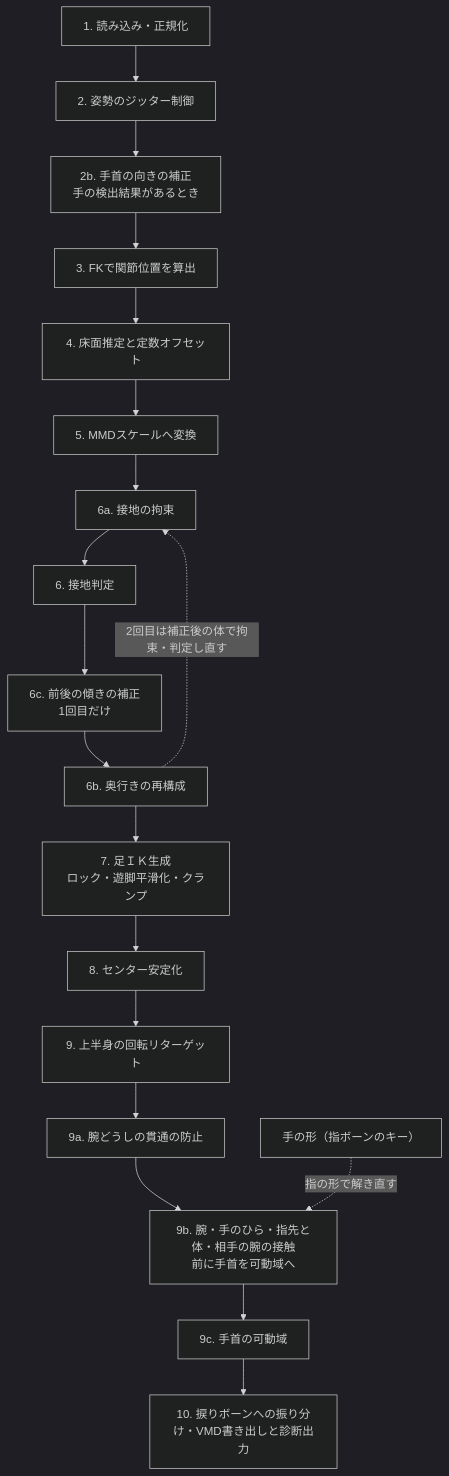
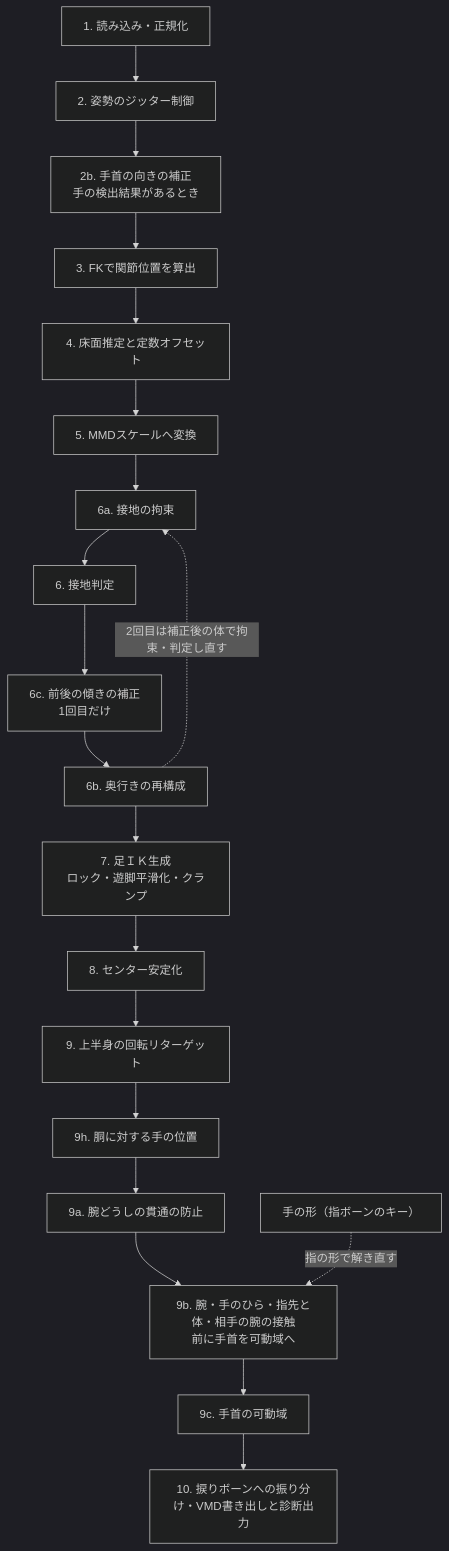
The diagram in vmd.md (yamak493/nlf), drawn with Mermaid (dark theme) before and after one commit. The commit also changed other lines of this file and 9 other files, not shown here.

````diff
--- a/vmd.md
+++ b/vmd.md
@@ -7,21 +7,22 @@
 ```mermaid
 flowchart TD
   A[1. 読み込み・正規化] --> B[2. 姿勢のジッター制御]
   B --> B2[2b. 手首の向きの補正<br/>手の検出結果があるとき]
   B2 --> C[3. FKで関節位置を算出]
   C --> D[4. 床面推定と定数オフセット]
   D --> E[5. MMDスケールへ変換]
   E --> F0[6a. 接地の拘束]
   F0 --> F[6. 接地判定]
   F --> F3[6c. 前後の傾きの補正<br/>1回目だけ]
   F3 --> F2[6b. 奥行きの再構成]
   F2 -. 2回目は補正後の体で拘束・判定し直す .-> F0
   F2 --> G[7. 足ＩＫ生成<br/>ロック・遊脚平滑化・クランプ]
   G --> H[8. センター安定化]
   H --> I[9. 上半身の回転リターゲット]
-  I --> I2[9a. 腕どうしの貫通の防止]
+  I --> I1[9h. 胴に対する手の位置]
+  I1 --> I2[9a. 腕どうしの貫通の防止]
   I2 --> I3[9b. 腕・手のひら・指先と体・相手の腕の接触<br/>前に手首を可動域へ]
   I3 --> I4[9c. 手首の可動域]
   I4 --> J[10. 捩りボーンへの振り分け・VMD書き出しと診断出力]
   K[手の形（指ボーンのキー）] -. 指の形で解き直す .-> I3
 ```
````
